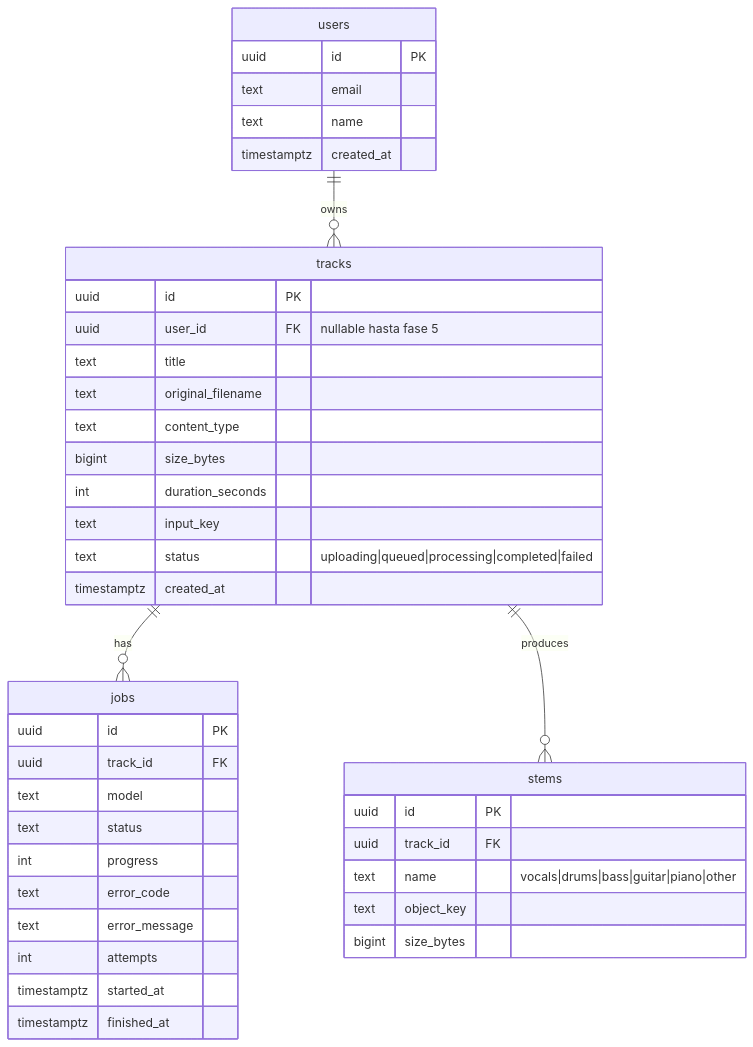
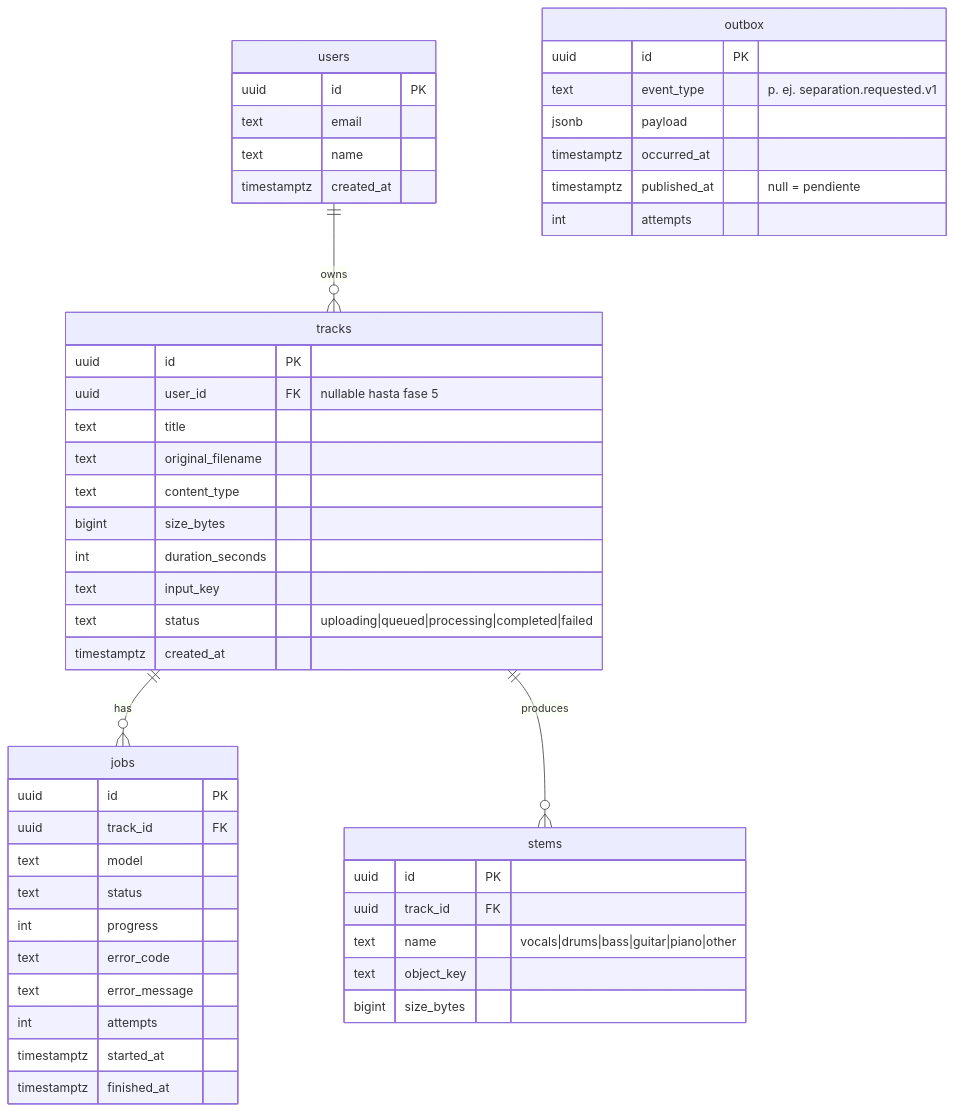
The diagram in docs/04-data-model.md (llOrtegall/unmix), drawn with Mermaid before and after one commit. The commit also changed other lines of this file and 5 other files, not shown here.

````diff
--- a/docs/04-data-model.md
+++ b/docs/04-data-model.md
@@ -5,44 +5,52 @@
 ```mermaid
 erDiagram
   users ||--o{ tracks : owns
   tracks ||--o{ jobs : has
   tracks ||--o{ stems : produces
 
   users {
     uuid id PK
     text email
     text name
     timestamptz created_at
   }
   tracks {
     uuid id PK
     uuid user_id FK "nullable hasta fase 5"
     text title
     text original_filename
     text content_type
     bigint size_bytes
     int duration_seconds
     text input_key
     text status "uploading|queued|processing|completed|failed"
     timestamptz created_at
   }
   jobs {
     uuid id PK
     uuid track_id FK
     text model
     text status
     int progress
     text error_code
     text error_message
     int attempts
     timestamptz started_at
     timestamptz finished_at
   }
   stems {
     uuid id PK
     uuid track_id FK
     text name "vocals|drums|bass|guitar|piano|other"
     text object_key
     bigint size_bytes
   }
+  outbox {
+    uuid id PK
+    text event_type "p. ej. separation.requested.v1"
+    jsonb payload
+    timestamptz occurred_at
+    timestamptz published_at "null = pendiente"
+    int attempts
+  }
 ```
````
